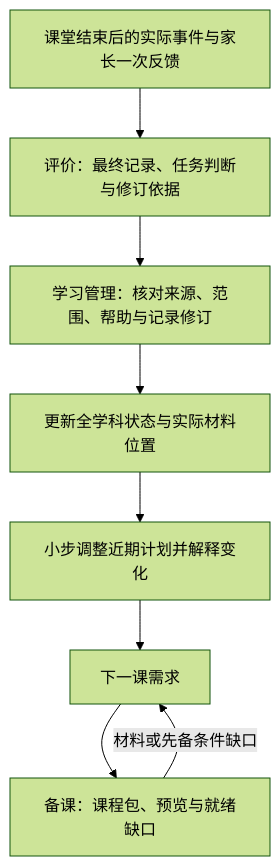
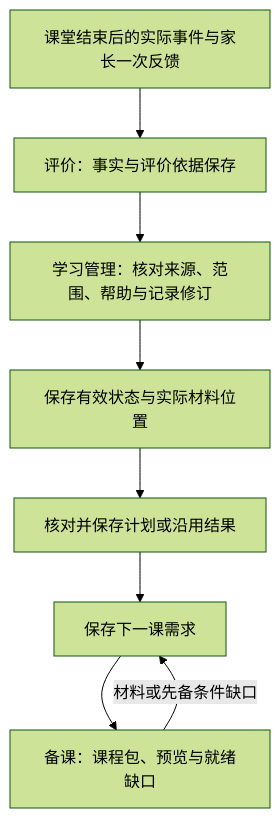
The diagram in design/learning/updates.md (AltairEven/ProjectJ), drawn with Mermaid (forest theme) before and after one commit. The commit also changed other lines of this file and 35 other files, not shown here.

````diff
--- a/design/learning/updates.md
+++ b/design/learning/updates.md
@@ -9,10 +9,10 @@
 ```mermaid
 flowchart TD
-    A[课堂结束后的实际事件与家长一次反馈] --> B[评价：最终记录、任务判断与修订依据]
+    A[课堂结束后的实际事件与家长一次反馈] --> B[评价：事实与评价依据保存]
     B --> C[学习管理：核对来源、范围、帮助与记录修订]
-    C --> D[更新全学科状态与实际材料位置]
-    D --> E[小步调整近期计划并解释变化]
-    E --> F[下一课需求]
+    C --> D[保存有效状态与实际材料位置]
+    D --> E[核对并保存计划或沿用结果]
+    E --> F[保存下一课需求]
     F --> G[备课：课程包、预览与就绪缺口]
     G -->|材料或先备条件缺口| F
 ```
````
